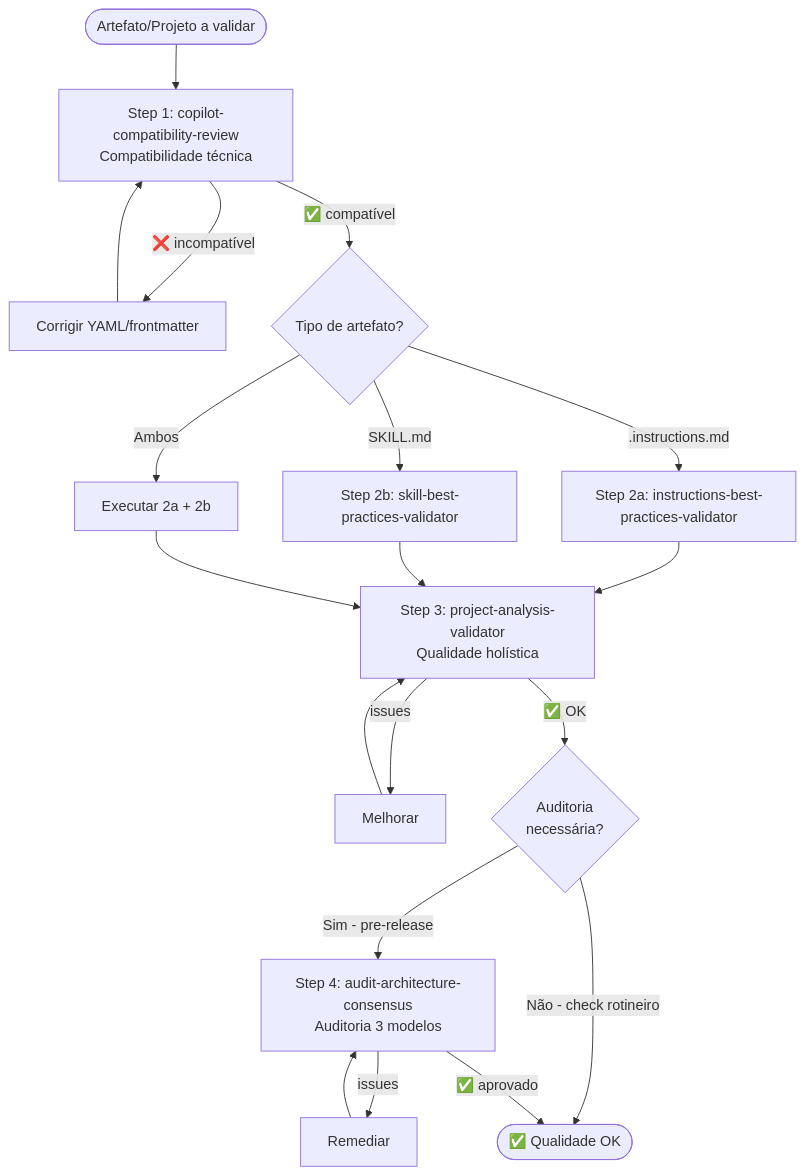
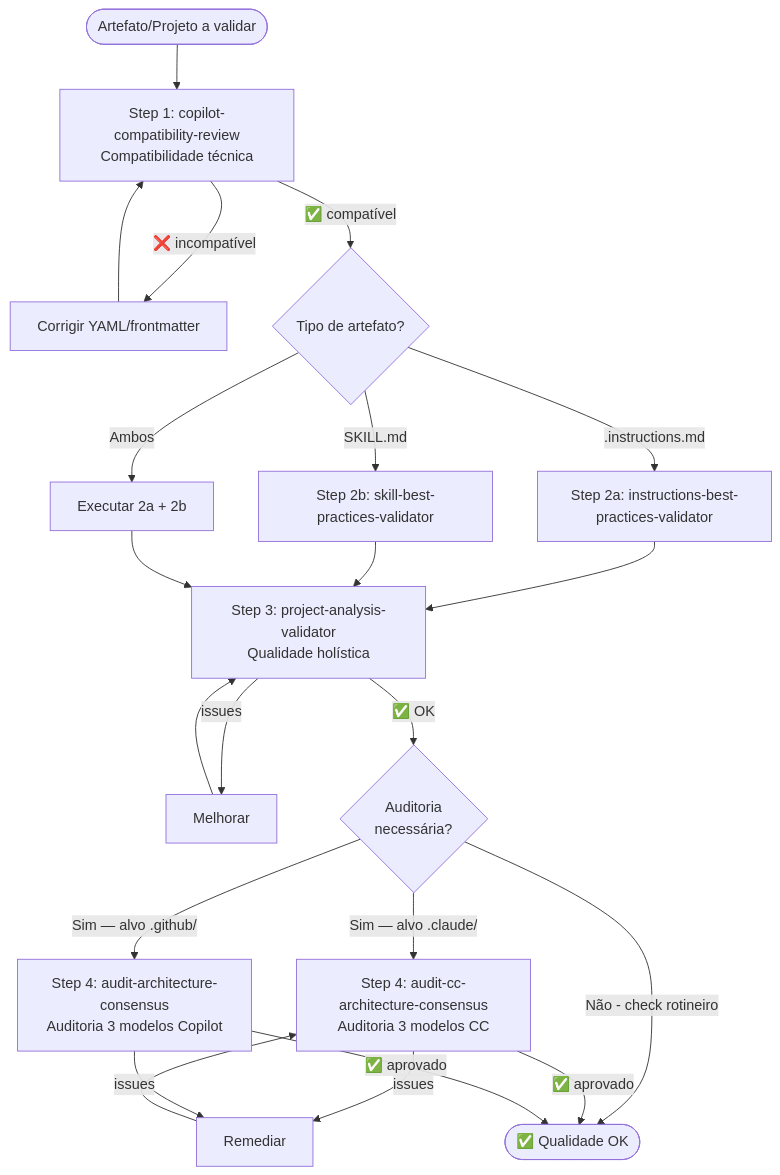
Before and after one commit to rodrigo-mendes/agents-factory: the diagram in docs/fluxos/fluxo-qualidade.md, drawn with Mermaid. The commit also changed other lines of this file and 90 other files, not shown here.

````diff
--- a/docs/fluxos/fluxo-qualidade.md
+++ b/docs/fluxos/fluxo-qualidade.md
@@ -9,30 +9,33 @@
 ```mermaid
 flowchart TD
     START([Artefato/Projeto a validar]) --> S1[Step 1: copilot-compatibility-review<br/>Compatibilidade técnica]
     
     S1 -->|❌ incompatível| FIX1[Corrigir YAML/frontmatter]
     FIX1 --> S1
     
     S1 -->|✅ compatível| S2{Tipo de artefato?}
     
     S2 -->|.instructions.md| S2A[Step 2a: instructions-best-practices-validator]
     S2 -->|SKILL.md| S2B[Step 2b: skill-best-practices-validator]
     S2 -->|Ambos| S2C[Executar 2a + 2b]
     
     S2A --> S3
     S2B --> S3
     S2C --> S3
     
     S3[Step 3: project-analysis-validator<br/>Qualidade holística] -->|issues| FIX3[Melhorar]
     FIX3 --> S3
     
     S3 -->|✅ OK| S4{Auditoria<br/>necessária?}
     
-    S4 -->|Sim - pre-release| S5[Step 4: audit-architecture-consensus<br/>Auditoria 3 modelos]
+    S4 -->|Sim — alvo .claude/| S5CC[Step 4: audit-cc-architecture-consensus<br/>Auditoria 3 modelos CC]
+    S4 -->|Sim — alvo .github/| S5CP[Step 4: audit-architecture-consensus<br/>Auditoria 3 modelos Copilot]
     S4 -->|Não - check rotineiro| DONE([✅ Qualidade OK])
     
-    S5 -->|issues| FIX5[Remediar]
-    FIX5 --> S5
+    S5CC -->|issues| FIX5[Remediar]
+    S5CP -->|issues| FIX5
+    FIX5 --> S5CC
     
-    S5 -->|✅ aprovado| DONE
+    S5CC -->|✅ aprovado| DONE
+    S5CP -->|✅ aprovado| DONE
 ```
````
